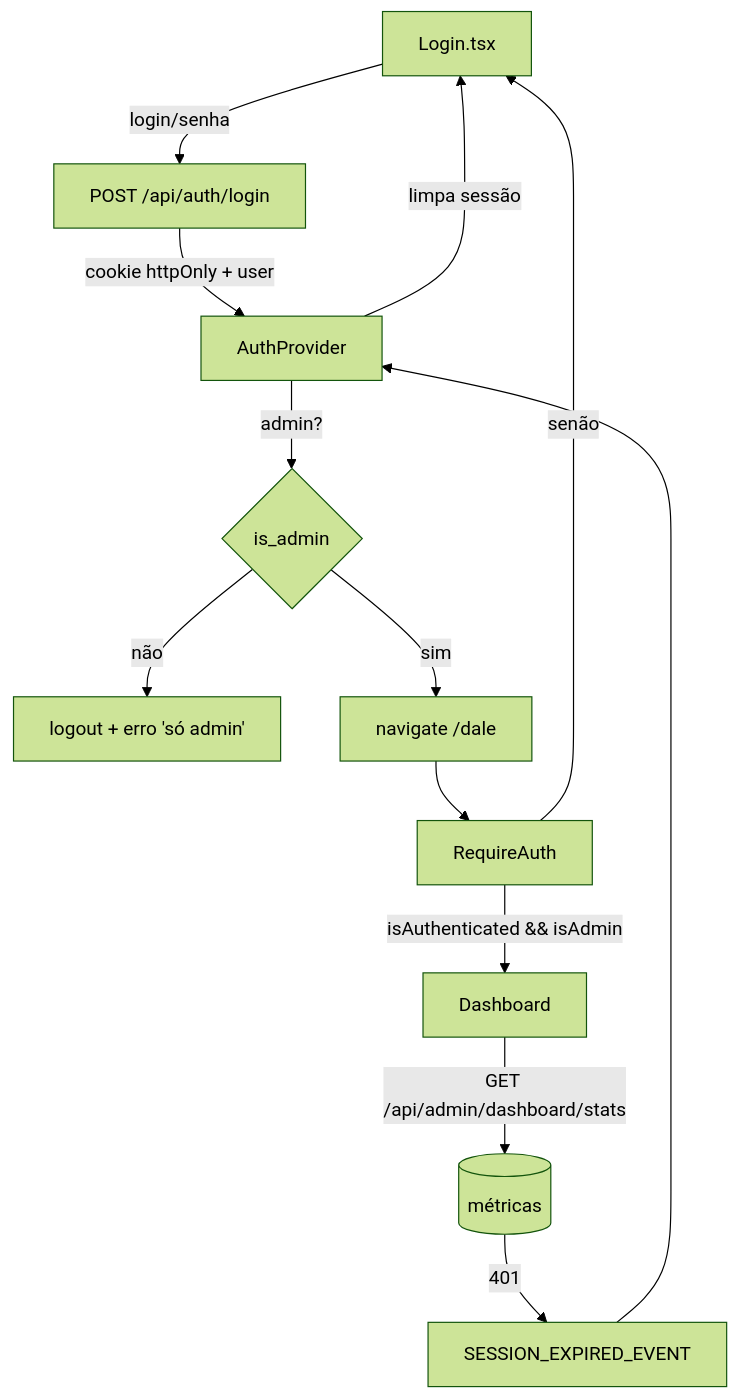
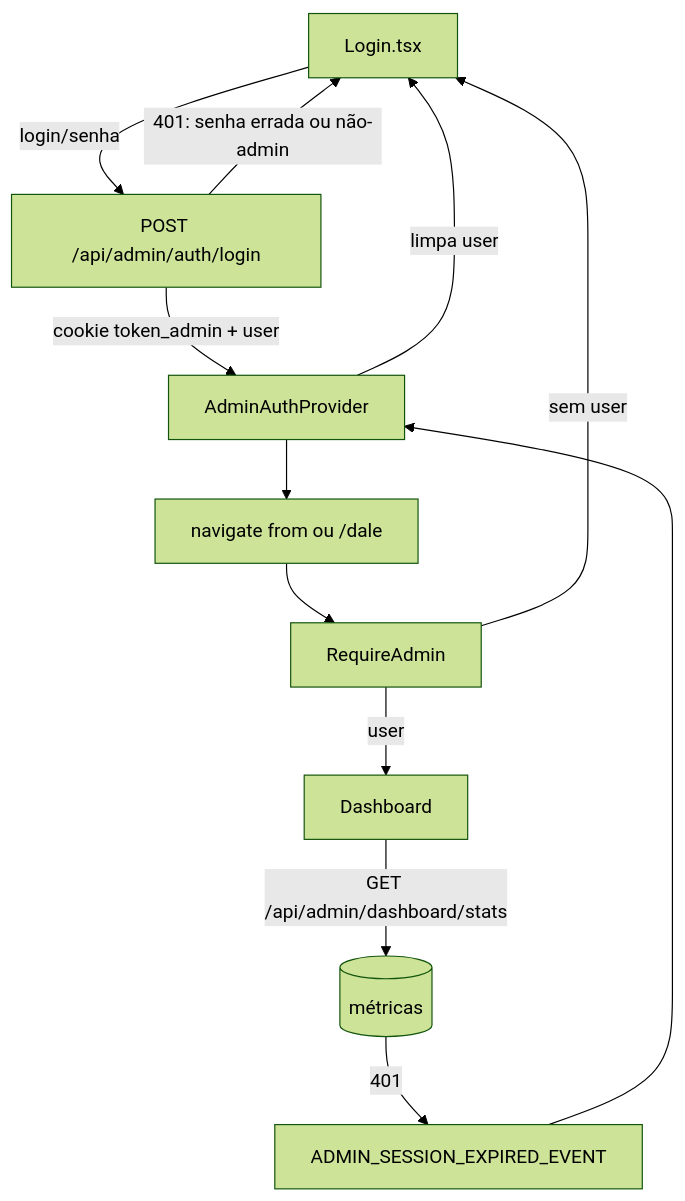
The first of 2 diagrams in doc/admin/area-admin.md (RaeII/cidoa), drawn with Mermaid (forest theme) before and after one commit. The commit also changed other lines of this file and 24 other files, not shown here.

````diff
--- a/doc/admin/area-admin.md
+++ b/doc/admin/area-admin.md
@@ -28,15 +49,14 @@
 ```mermaid
 flowchart TD
-    L[Login.tsx] -->|login/senha| API[POST /api/auth/login]
-    API -->|cookie httpOnly + user| AP[AuthProvider]
-    AP -->|admin?| Check{is_admin}
-    Check -->|não| Deny[logout + erro 'só admin']
-    Check -->|sim| Nav[navigate /dale]
-    Nav --> RA[RequireAuth]
-    RA -->|isAuthenticated && isAdmin| Dash[Dashboard]
-    RA -->|senão| L
+    L[Login.tsx] -->|login/senha| API[POST /api/admin/auth/login]
+    API -->|401: senha errada ou não-admin| L
+    API -->|cookie token_admin + user| AAP[AdminAuthProvider]
+    AAP --> Nav[navigate from ou /dale]
+    Nav --> RA[RequireAdmin]
+    RA -->|user| Dash[Dashboard]
+    RA -->|sem user| L
     Dash -->|GET /api/admin/dashboard/stats| Stats[(métricas)]
-    Stats -->|401| Evt[SESSION_EXPIRED_EVENT]
-    Evt --> AP
-    AP -->|limpa sessão| L
+    Stats -->|401| Evt[ADMIN_SESSION_EXPIRED_EVENT]
+    Evt --> AAP
+    AAP -->|limpa user| L
 ```
````
